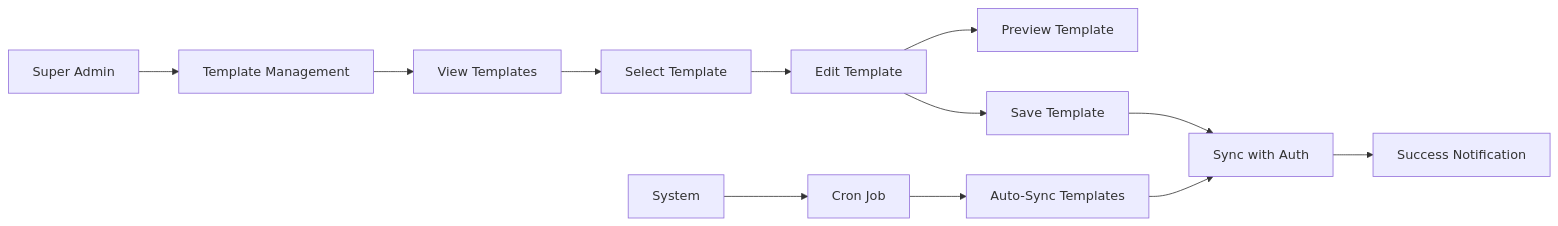
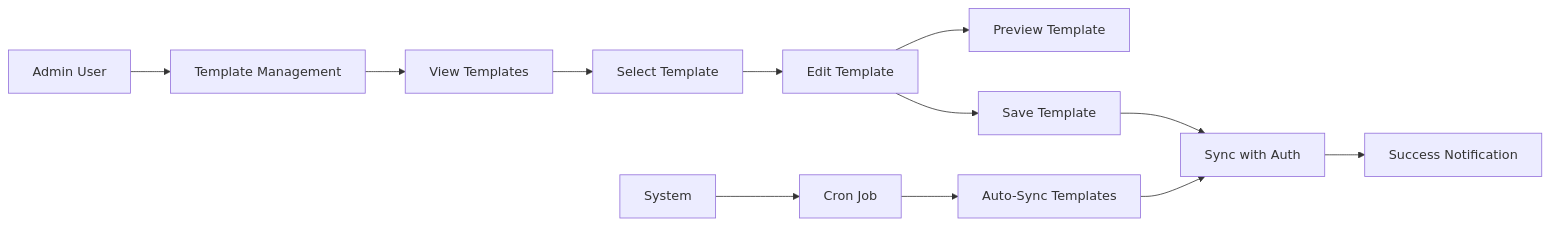
Before and after one commit to mrj0nesmtl/cloud-burst: the second of 4 diagrams in docs/user-flows/user_flow_chart.md, drawn with Mermaid. The commit also changed other lines of this file and 65 other files, not shown here.

````diff
--- a/docs/user-flows/user_flow_chart.md
+++ b/docs/user-flows/user_flow_chart.md
@@ -42,15 +79,15 @@
 ```mermaid
 flowchart LR
-    A[Super Admin] --> B[Template Management]
+    A[Admin User] --> B[Template Management]
     B --> C[View Templates]
     C --> D[Select Template]
     D --> E[Edit Template]
     E --> F[Preview Template]
     E --> G[Save Template]
     G --> H[Sync with Auth]
     H --> I[Success Notification]
     
     J[System] --> K[Cron Job]
     K --> L[Auto-Sync Templates]
     L --> H
 ```
````
